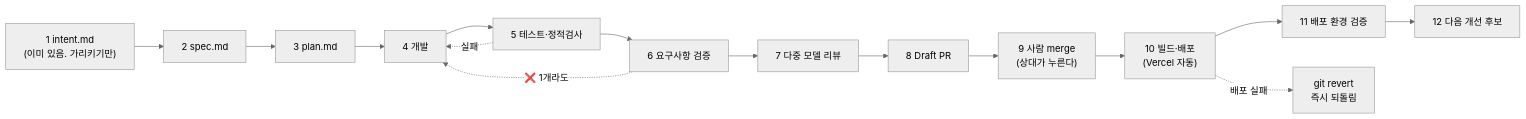
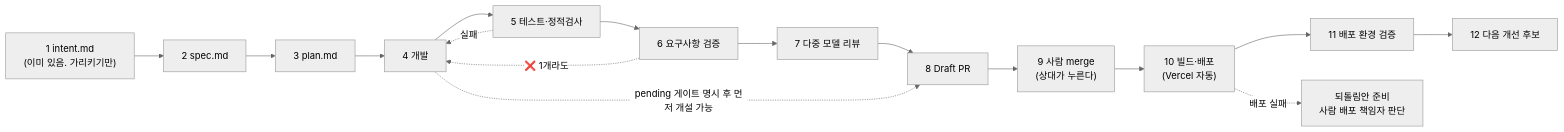
The diagram in CLAUDE.md (Daterl/gyeol), drawn with Mermaid (neutral theme) before and after one commit. The commit also changed other lines of this file and 1 other file, not shown here.

````diff
--- a/CLAUDE.md
+++ b/CLAUDE.md
@@ -55,17 +63,18 @@
 ```mermaid
 graph LR
   A["1 intent.md<br/>(이미 있음. 가리키기만)"] --> B["2 spec.md"]
   B --> C["3 plan.md"]
   C --> D["4 개발"]
   D --> E["5 테스트·정적검사"]
   E --> F["6 요구사항 검증"]
   F --> G["7 다중 모델 리뷰"]
   G --> H["8 Draft PR"]
+  D -.->|pending 게이트 명시 후 먼저 개설 가능| H
   H --> I["9 사람 merge<br/>(상대가 누른다)"]
   I --> J["10 빌드·배포<br/>(Vercel 자동)"]
   J --> K["11 배포 환경 검증"]
   K --> L["12 다음 개선 후보"]
   E -.->|실패| D
   F -.->|❌ 1개라도| D
-  J -.->|배포 실패| M["git revert<br/>즉시 되돌림"]
+  J -.->|배포 실패| M["되돌림안 준비<br/>사람 배포 책임자 판단"]
 ```
````
